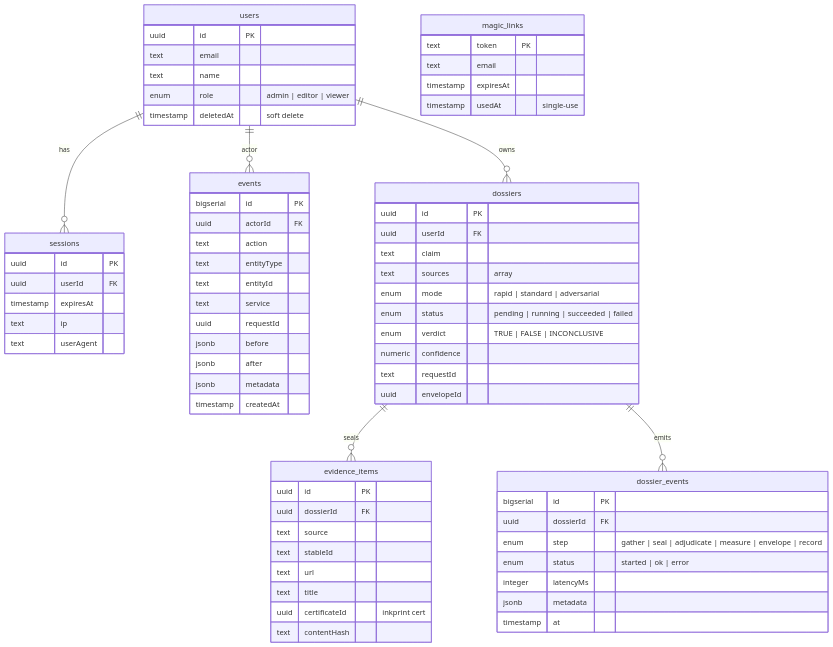
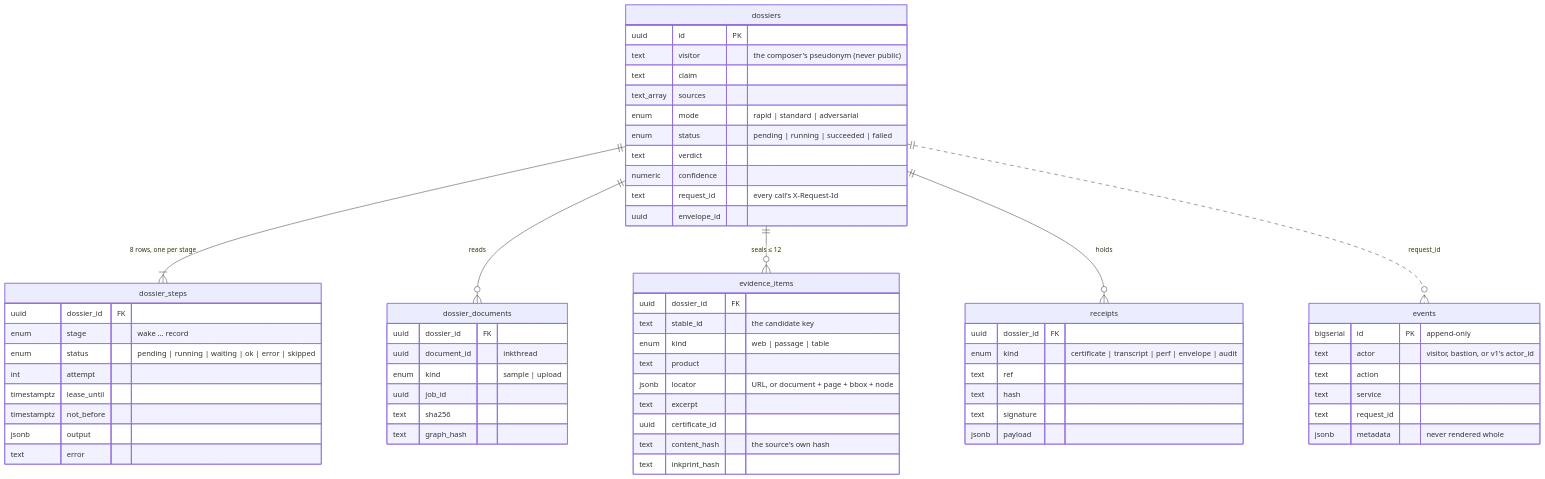
One commit to Abdul-Muizz1310/bastion changed the fourth of 5 diagrams in docs/ARCHITECTURE.md. Above: the diagram before and after it, drawn with Mermaid. The commit also changed other lines of this file and 10 other files, not shown here.

````diff
--- a/docs/ARCHITECTURE.md
+++ b/docs/ARCHITECTURE.md
@@ -61,79 +130,66 @@
 ```mermaid
 erDiagram
-    users ||--o{ sessions : "has"
-    users ||--o{ events : "actor"
-    users ||--o{ dossiers : "owns"
-    dossiers ||--o{ evidence_items : "seals"
-    dossiers ||--o{ dossier_events : "emits"
-
-    users {
-        uuid id PK
-        text email
-        text name
-        enum role "admin | editor | viewer"
-        timestamp deletedAt "soft delete"
-    }
-
-    sessions {
-        uuid id PK
-        uuid userId FK
-        timestamp expiresAt
-        text ip
-        text userAgent
-    }
-
-    magic_links {
-        text token PK
-        text email
-        timestamp expiresAt
-        timestamp usedAt "single-use"
-    }
-
-    events {
-        bigserial id PK
-        uuid actorId FK
-        text action
-        text entityType
-        text entityId
-        text service
-        uuid requestId
-        jsonb before
-        jsonb after
-        jsonb metadata
-        timestamp createdAt
-    }
+    dossiers ||--|{ dossier_steps : "8 rows, one per stage"
+    dossiers ||--o{ dossier_documents : "reads"
+    dossiers ||--o{ evidence_items : "seals ≤ 12"
+    dossiers ||--o{ receipts : "holds"
+    dossiers ||..o{ events : "request_id"
 
     dossiers {
         uuid id PK
-        uuid userId FK
+        text visitor "the composer's pseudonym (never public)"
         text claim
-        text sources "array"
+        text_array sources
         enum mode "rapid | standard | adversarial"
         enum status "pending | running | succeeded | failed"
-        enum verdict "TRUE | FALSE | INCONCLUSIVE"
+        text verdict
         numeric confidence
-        text requestId
-        uuid envelopeId
+        text request_id "every call's X-Request-Id"
+        uuid envelope_id
     }
-
+    dossier_steps {
+        uuid dossier_id FK
+        enum stage "wake … record"
+        enum status "pending | running | waiting | ok | error | skipped"
+        int attempt
+        timestamptz lease_until
+        timestamptz not_before
+        jsonb output
+        text error
+    }
+    dossier_documents {
+        uuid dossier_id FK
+        uuid document_id "inkthread"
+        enum kind "sample | upload"
+        uuid job_id
+        text sha256
+        text graph_hash
+    }
     evidence_items {
-        uuid id PK
-        uuid dossierId FK
-        text source
-        text stableId
-        text url
-        text title
-        uuid certificateId "inkprint cert"
-        text contentHash
+        uuid dossier_id FK
+        text stable_id "the candidate key"
+        enum kind "web | passage | table"
+        text product
+        jsonb locator "URL, or document + page + bbox + node"
+        text excerpt
+        uuid certificate_id
+        text content_hash "the source's own hash"
+        text inkprint_hash
     }
-
-    dossier_events {
-        bigserial id PK
-        uuid dossierId FK
-        enum step "gather | seal | adjudicate | measure | envelope | record"
-        enum status "started | ok | error"
-        integer latencyMs
-        jsonb metadata
-        timestamp at
+    receipts {
+        uuid dossier_id FK
+        enum kind "certificate | transcript | perf | envelope | audit"
+        text ref
+        text hash
+        text signature
+        jsonb payload
+    }
+    events {
+        bigserial id PK "append-only"
+        text actor "visitor, bastion, or v1's actor_id"
+        text action
+        text service
+        text request_id
+        jsonb metadata "never rendered whole"
     }
 ```
````
